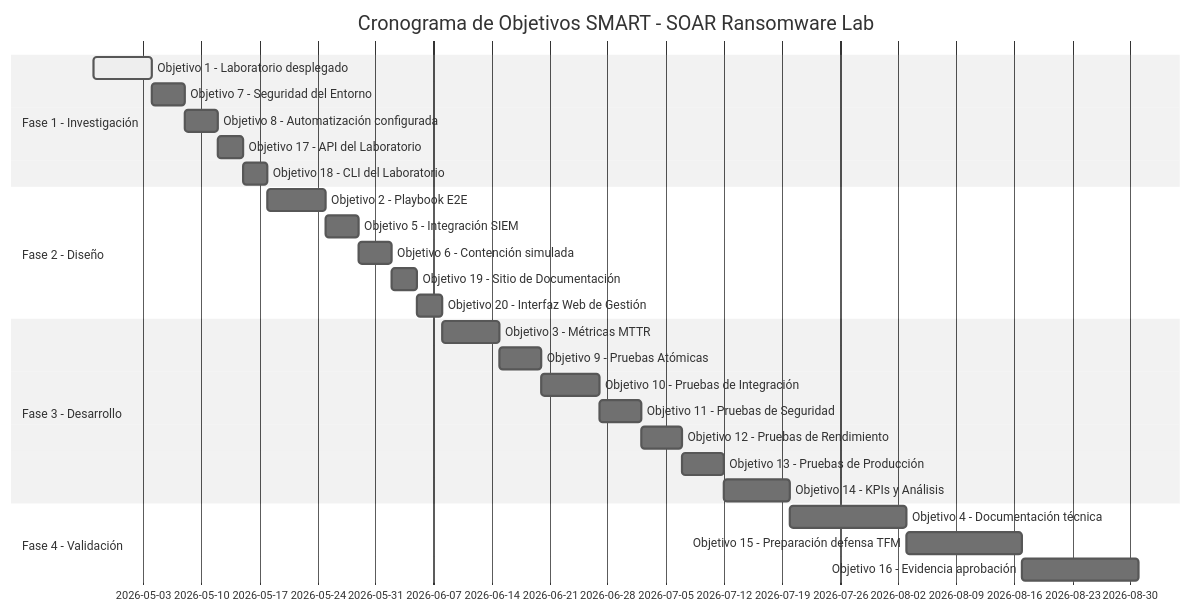
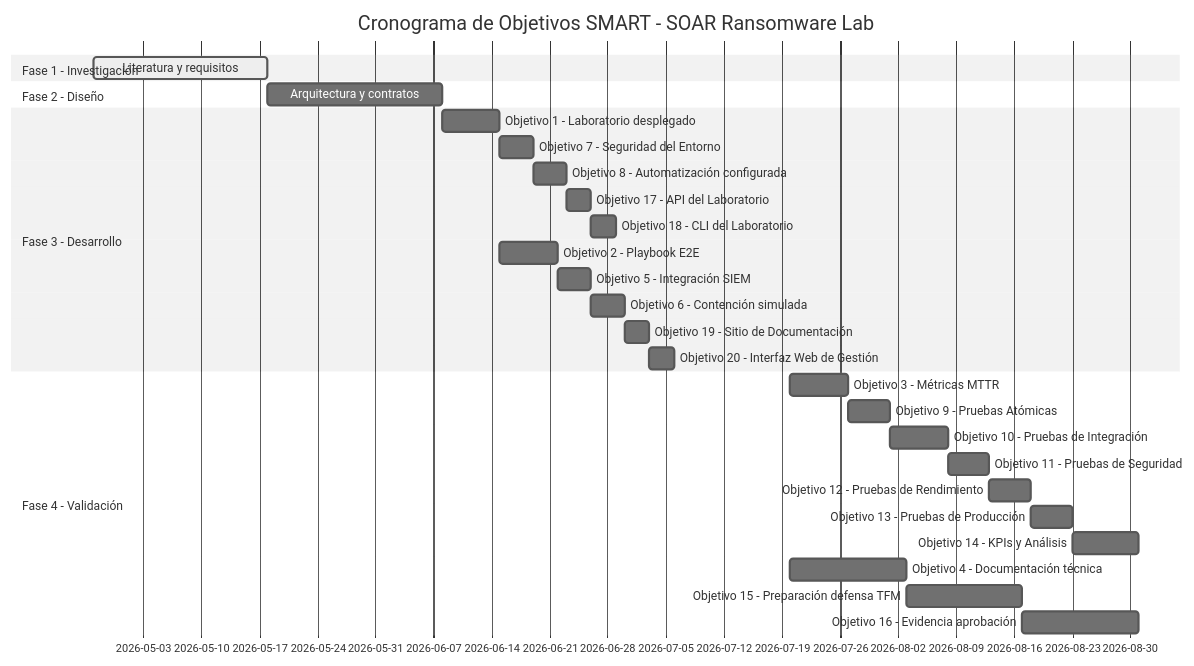
Diagram 12 of 22 in docs/02-architecture.md (alesanfe/soar-ransomware-lab), drawn with Mermaid (neutral theme) before and after one commit. The commit also changed other lines of this file and 20 other files, not shown here.

````diff
--- a/docs/02-architecture.md
+++ b/docs/02-architecture.md
@@ -3096,29 +2966,31 @@
 ```mermaid
 gantt
  title Cronograma de Objetivos SMART - SOAR Ransomware Lab
  dateFormat YYYY-MM-DD
  section Fase 1 - Investigación
- Objetivo 1 - Laboratorio desplegado :active, obj1, 2026-04-27, 7d
+ Literatura y requisitos :active, inv1, 2026-04-27, 21d
+ section Fase 2 - Diseño
+ Arquitectura y contratos :inv2, after inv1, 21d
+ section Fase 3 - Desarrollo
+ Objetivo 1 - Laboratorio desplegado :obj1, 2026-06-08, 7d
  Objetivo 7 - Seguridad del Entorno :obj7, after obj1, 4d
  Objetivo 8 - Automatización configurada :obj8, after obj7, 4d
  Objetivo 17 - API del Laboratorio :obj17, after obj8, 3d
  Objetivo 18 - CLI del Laboratorio :obj18, after obj17, 3d
- section Fase 2 - Diseño
- Objetivo 2 - Playbook E2E :obj2, 2026-05-18, 7d
+ Objetivo 2 - Playbook E2E :obj2, 2026-06-15, 7d
  Objetivo 5 - Integración SIEM :obj5, after obj2, 4d
  Objetivo 6 - Contención simulada :obj6, after obj5, 4d
  Objetivo 19 - Sitio de Documentación :obj19, after obj6, 3d
  Objetivo 20 - Interfaz Web de Gestión :obj20, after obj19, 3d
- section Fase 3 - Desarrollo
- Objetivo 3 - Métricas MTTR :obj3, 2026-06-08, 7d
+ section Fase 4 - Validación
+ Objetivo 3 - Métricas MTTR :obj3, 2026-07-20, 7d
  Objetivo 9 - Pruebas Atómicas :obj9, after obj3, 5d
  Objetivo 10 - Pruebas de Integración :obj10, after obj9, 7d
  Objetivo 11 - Pruebas de Seguridad :obj11, after obj10, 5d
  Objetivo 12 - Pruebas de Rendimiento :obj12, after obj11, 5d
  Objetivo 13 - Pruebas de Producción :obj13, after obj12, 5d
  Objetivo 14 - KPIs y Análisis :obj14, after obj13, 8d
- section Fase 4 - Validación
  Objetivo 4 - Documentación técnica :obj4, 2026-07-20, 14d
  Objetivo 15 - Preparación defensa TFM :obj15, after obj4, 14d
  Objetivo 16 - Evidencia aprobación :obj16, after obj15, 14d
 ```
````
